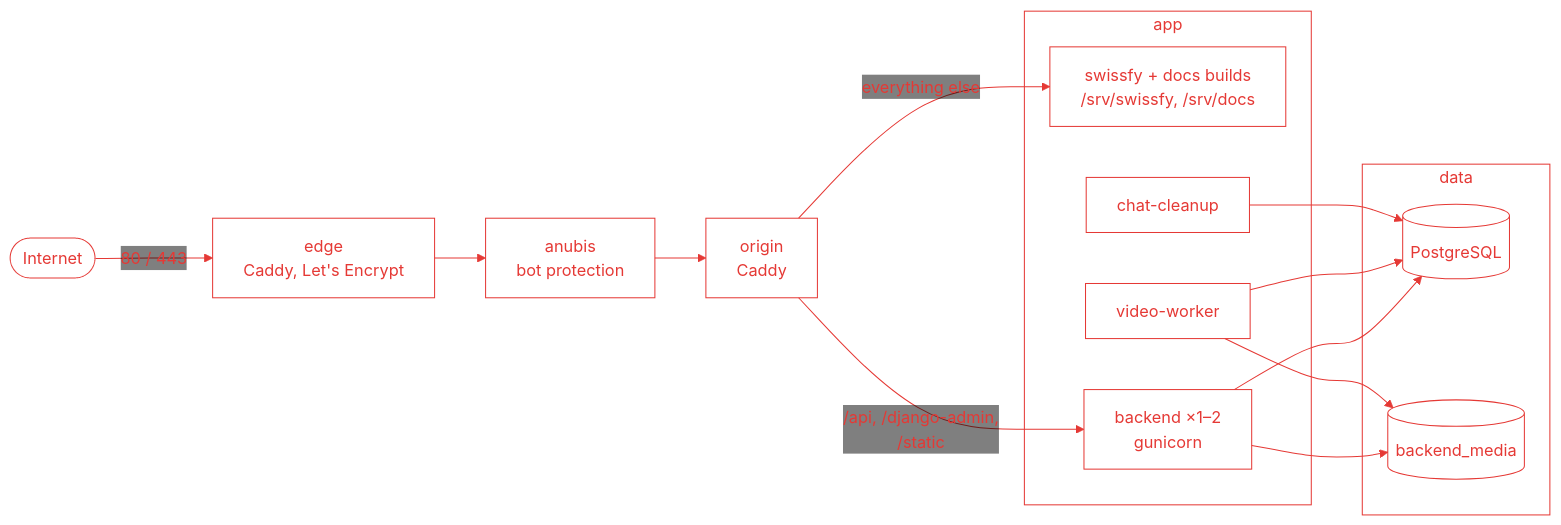
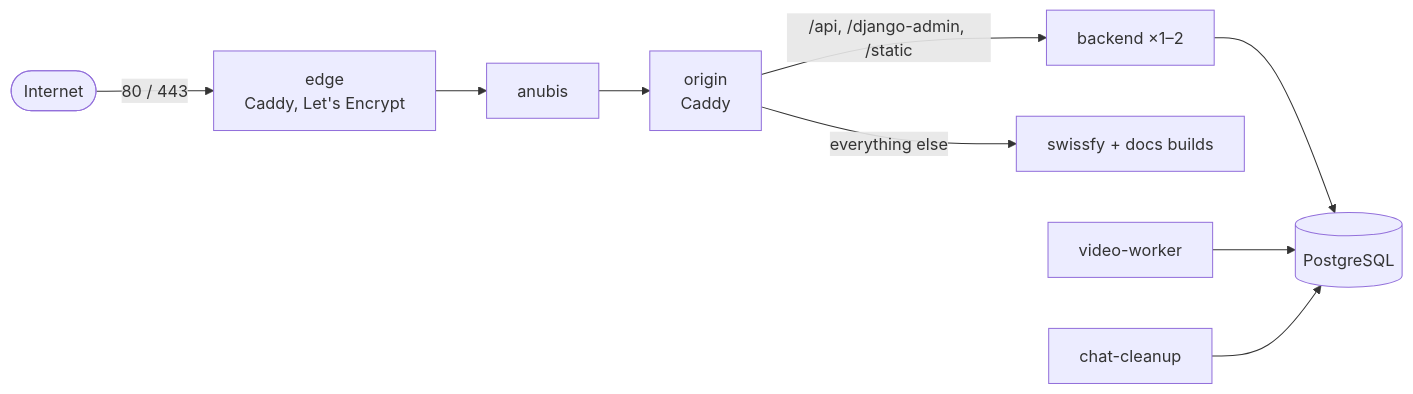
Before and after one commit to buechijonas/swissfy: the third of 3 diagrams in README.md, drawn with Mermaid. The commit also changed other lines of this file, not shown here.

````diff
--- a/README.md
+++ b/README.md
@@ -329,25 +147,9 @@
 ```mermaid
-%%{init: {'theme': 'base', 'themeCSS': '.labelBkg, .edgeLabel, .edgeLabel p, .edgeLabel rect { background-color: transparent !important; fill: transparent !important; }', 'themeVariables': {'darkMode': false, 'background': 'transparent', 'primaryColor': 'transparent', 'secondaryColor': 'transparent', 'tertiaryColor': 'transparent', 'mainBkg': 'transparent', 'clusterBkg': 'transparent', 'actorBkg': 'transparent', 'noteBkgColor': 'transparent', 'labelBoxBkgColor': 'transparent', 'edgeLabelBackground': 'transparent', 'relationLabelBackground': 'transparent', 'attributeBackgroundColorOdd': 'transparent', 'attributeBackgroundColorEven': 'transparent', 'primaryBorderColor': '#e53935', 'secondaryBorderColor': '#e53935', 'tertiaryBorderColor': '#e53935', 'nodeBorder': '#e53935', 'clusterBorder': '#e53935', 'lineColor': '#e53935', 'signalColor': '#e53935', 'actorBorder': '#e53935', 'actorLineColor': '#e53935', 'labelBoxBorderColor': '#e53935', 'noteBorderColor': '#e53935', 'activationBorderColor': '#e53935', 'transitionColor': '#e53935', 'stateBorder': '#e53935', 'relationColor': '#e53935', 'textColor': '#e53935', 'primaryTextColor': '#e53935', 'secondaryTextColor': '#e53935', 'tertiaryTextColor': '#e53935', 'nodeTextColor': '#e53935', 'titleColor': '#e53935', 'signalTextColor': '#e53935', 'loopTextColor': '#e53935', 'labelTextColor': '#e53935', 'noteTextColor': '#e53935', 'actorTextColor': '#e53935', 'relationLabelColor': '#e53935', 'stateLabelColor': '#e53935', 'transitionLabelColor': '#e53935', 'sequenceNumberColor': '#ffffff'}}}%%
 flowchart LR
-    linkStyle default stroke:#e53935
     internet(["Internet"]) -- "80 / 443" --> edge["edge<br/>Caddy, Let's Encrypt"]
-    edge --> anubis["anubis<br/>bot protection"]
+    edge --> anubis["anubis"]
     anubis --> origin["origin<br/>Caddy"]
-
-    subgraph app["app"]
-        spa["swissfy + docs builds<br/>/srv/swissfy, /srv/docs"]
-        backend["backend ×1–2<br/>gunicorn"]
-        worker["video-worker"]
-        cleanup["chat-cleanup"]
-    end
-
-    subgraph data["data"]
-        db[("PostgreSQL")]
-        media[("backend_media")]
-    end
-
-    origin -- "everything else" --> spa
-    origin -- "/api, /django-admin,<br/>/static" --> backend
-    backend & worker & cleanup --> db
-    backend & worker --> media
+    origin -- "/api, /django-admin, /static" --> backend["backend ×1–2"]
+    origin -- "everything else" --> spa["swissfy + docs builds"]
+    backend & worker["video-worker"] & cleanup["chat-cleanup"] --> db[("PostgreSQL")]
 ```
````
